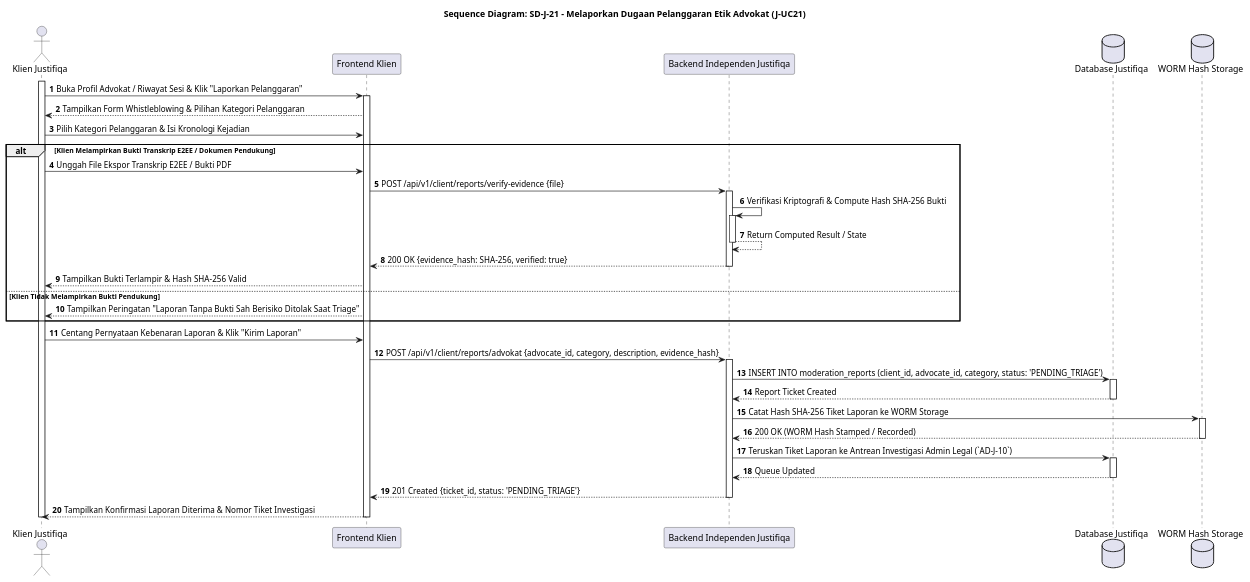
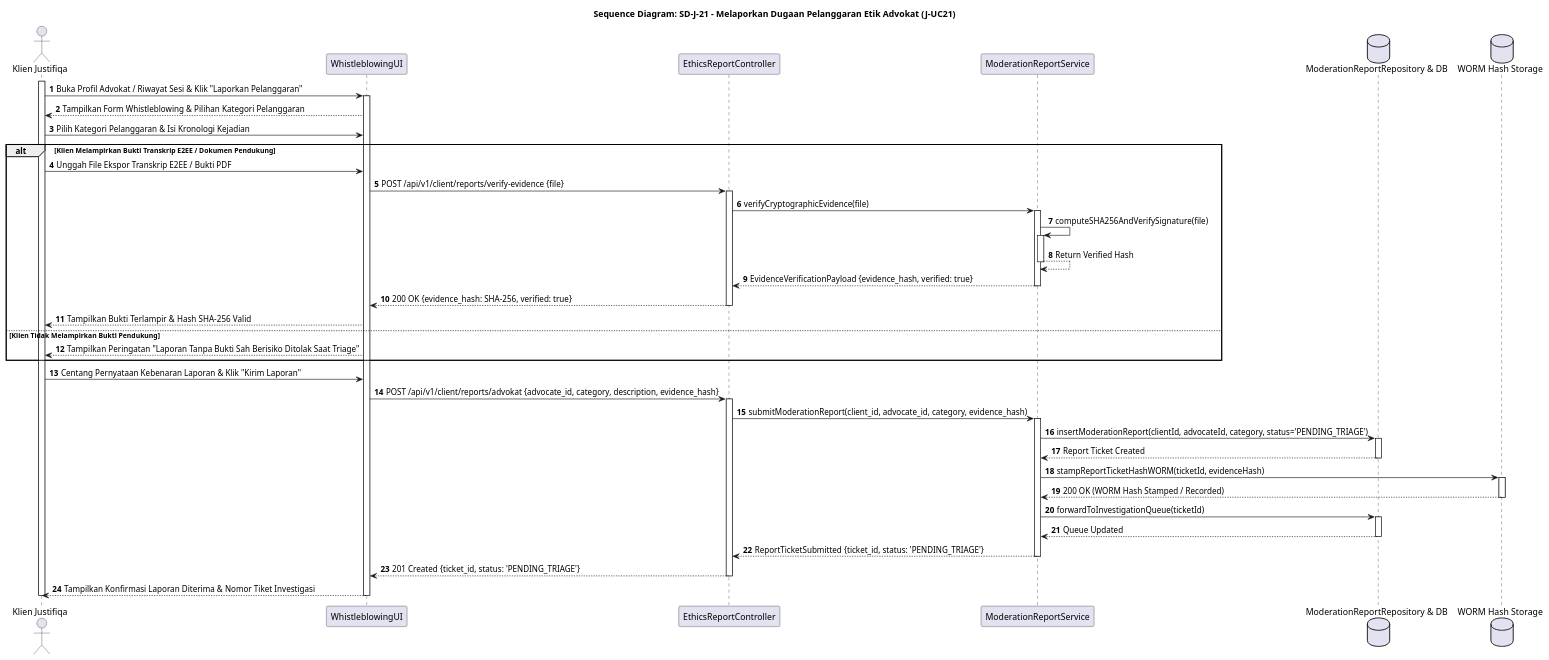
Diagram 14 of 28 in MarkDown/plantuml_sequence_diagrams.md (tupperwureism/SuperApp-Gagal), drawn with PlantUML before and after one commit. The commit also changed other lines of this file, not shown here.

Commit message:
refactor(uml): normalize Batch 3 sequence diagrams SD-J-11 to SD-J-20 to 5-lifeline BCE and zero-stacking activations

````diff
--- a/MarkDown/plantuml_sequence_diagrams.md
+++ b/MarkDown/plantuml_sequence_diagrams.md
@@ -1563,40 +1609,55 @@
 ```plantuml
 @startuml
 title Sequence Diagram: SD-J-21 - Melaporkan Dugaan Pelanggaran Etik Advokat (J-UC21)
 autonumber
 actor "Klien Justifiqa" as Klien
-participant "Frontend Klien" as FE
-participant "Backend Independen Justifiqa" as BE
-database "Database Justifiqa" as DB
+participant "WhistleblowingUI" as FE
+participant "EthicsReportController" as CTRL
+participant "ModerationReportService" as SVC
+database "ModerationReportRepository & DB" as REPO
 database "WORM Hash Storage" as WORM
 
 activate Klien
 Klien -> FE ++ : Buka Profil Advokat / Riwayat Sesi & Klik "Laporkan Pelanggaran"
 FE --> Klien : Tampilkan Form Whistleblowing & Pilihan Kategori Pelanggaran
 Klien -> FE : Pilih Kategori Pelanggaran & Isi Kronologi Kejadian
 
 alt Klien Melampirkan Bukti Transkrip E2EE / Dokumen Pendukung
     Klien -> FE : Unggah File Ekspor Transkrip E2EE / Bukti PDF
-    FE -> BE ++ : POST /api/v1/client/reports/verify-evidence {file}
-    BE -> BE ++ : Verifikasi Kriptografi & Compute Hash SHA-256 Bukti
-    BE --> BE -- : Return Computed Result / State
-    BE --> FE -- : 200 OK {evidence_hash: SHA-256, verified: true}
+    FE -> CTRL ++ : POST /api/v1/client/reports/verify-evidence {file}
+    CTRL -> SVC ++ : verifyCryptographicEvidence(file)
+    SVC -> SVC ++ : computeSHA256AndVerifySignature(file)
+    SVC --> SVC -- : Return Verified Hash
+    SVC --> CTRL : EvidenceVerificationPayload {evidence_hash, verified: true}
+    deactivate SVC
+    CTRL --> FE : 200 OK {evidence_hash: SHA-256, verified: true}
+    deactivate CTRL
     FE --> Klien : Tampilkan Bukti Terlampir & Hash SHA-256 Valid
 else Klien Tidak Melampirkan Bukti Pendukung
     FE --> Klien : Tampilkan Peringatan "Laporan Tanpa Bukti Sah Berisiko Ditolak Saat Triage"
 end
 
 Klien -> FE : Centang Pernyataan Kebenaran Laporan & Klik "Kirim Laporan"
-FE -> BE ++ : POST /api/v1/client/reports/advokat {advocate_id, category, description, evidence_hash}
-BE -> DB ++ : INSERT INTO moderation_reports (client_id, advocate_id, category, status: 'PENDING_TRIAGE')
-DB --> BE -- : Report Ticket Created
-BE -> WORM ++ : Catat Hash SHA-256 Tiket Laporan ke WORM Storage
-WORM --> BE -- : 200 OK (WORM Hash Stamped / Recorded)
-BE -> DB ++ : Teruskan Tiket Laporan ke Antrean Investigasi Admin Legal (`AD-J-10`)
-DB --> BE -- : Queue Updated
-BE --> FE -- : 201 Created {ticket_id, status: 'PENDING_TRIAGE'}
+FE -> CTRL ++ : POST /api/v1/client/reports/advokat {advocate_id, category, description, evidence_hash}
+CTRL -> SVC ++ : submitModerationReport(client_id, advocate_id, category, evidence_hash)
+SVC -> REPO : insertModerationReport(clientId, advocateId, category, status='PENDING_TRIAGE')
+activate REPO
+REPO --> SVC : Report Ticket Created
+deactivate REPO
+SVC -> WORM : stampReportTicketHashWORM(ticketId, evidenceHash)
+activate WORM
+WORM --> SVC : 200 OK (WORM Hash Stamped / Recorded)
+deactivate WORM
+SVC -> REPO : forwardToInvestigationQueue(ticketId)
+activate REPO
+REPO --> SVC : Queue Updated
+deactivate REPO
+SVC --> CTRL : ReportTicketSubmitted {ticket_id, status: 'PENDING_TRIAGE'}
+deactivate SVC
+CTRL --> FE : 201 Created {ticket_id, status: 'PENDING_TRIAGE'}
+deactivate CTRL
 FE --> Klien : Tampilkan Konfirmasi Laporan Diterima & Nomor Tiket Investigasi
 deactivate FE
 deactivate Klien
 @enduml
 ```
````
